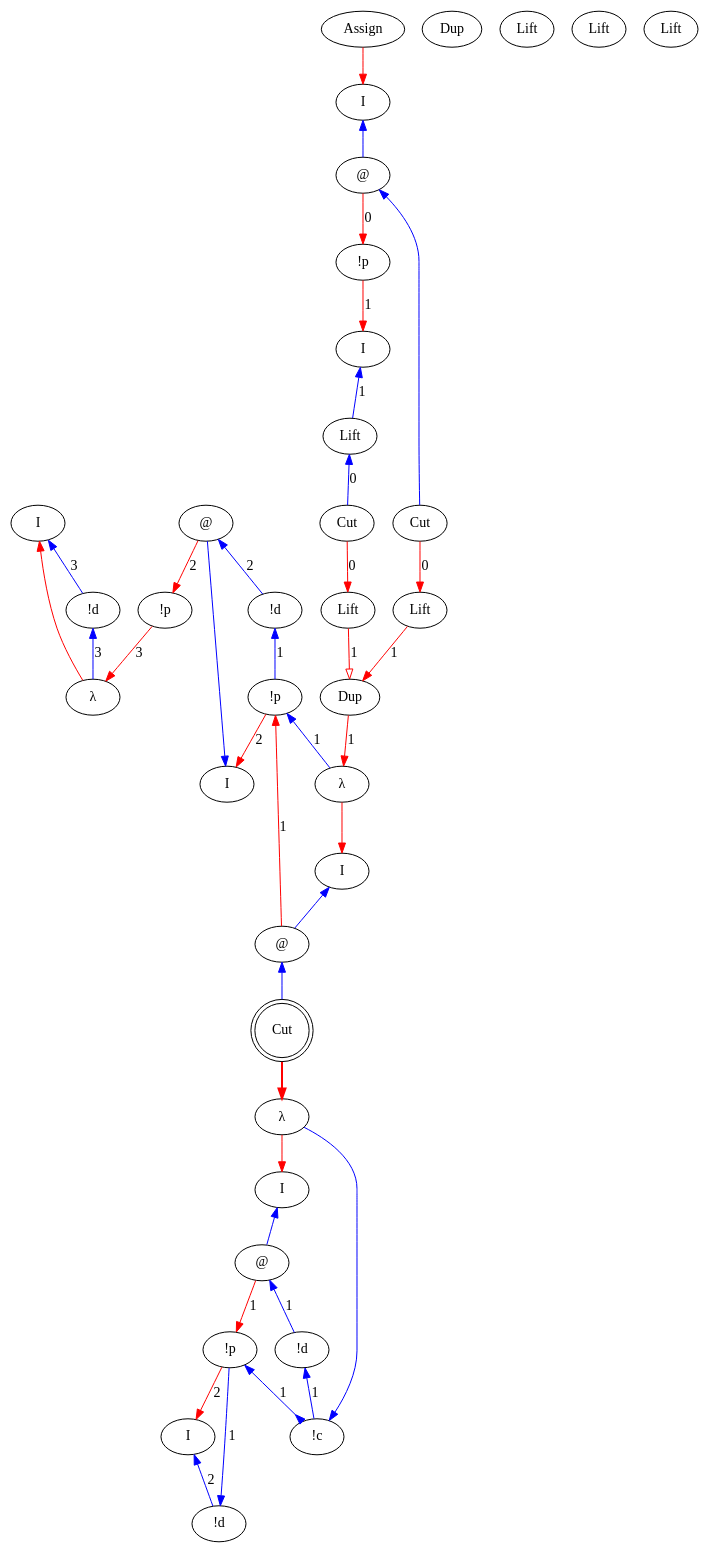
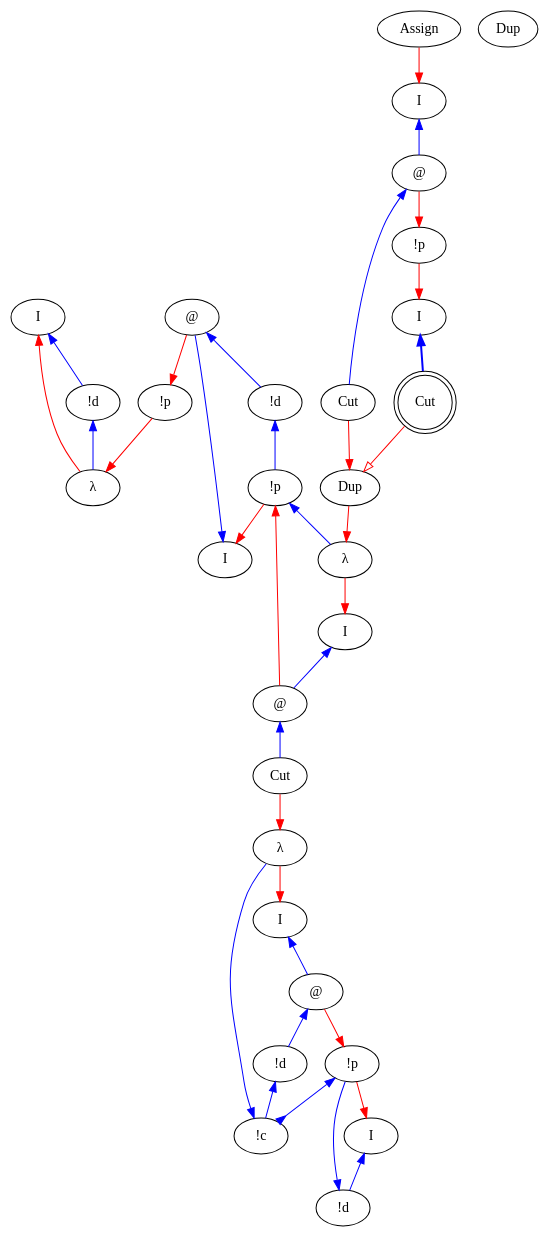
The diagram in src/core/graphs/example_m_9_l.dot (Mathnerd314/stroscot), drawn with Graphviz before and after one commit. The commit also changed 88 other files, not shown here.

```diff
--- a/src/core/graphs/example_m_9_l.dot
+++ b/src/core/graphs/example_m_9_l.dot
@@ -1,75 +1,66 @@
 digraph {
 rankdir="TB"
 "I0" [label="I"]
 "!d1" [label="!d"]
 "λ2" [label="λ"]
 "!p3" [label="!p"]
 "I4" [label="I"]
 "@5" [label="@"]
 "!d6" [label="!d"]
 "!p7" [label="!p"]
 "I8" [label="I"]
 "@9" [label="@"]
 "I10" [label="I"]
 "!d11" [label="!d"]
 "!p12" [label="!p"]
 "I13" [label="I"]
 "@14" [label="@"]
 "!d15" [label="!d"]
 "!c16" [label="!c"]
 "λ17" [label="λ"]
-"Cut18" [label="Cut",shape=doublecircle]
+"Cut18" [label="Cut"]
 "λ19" [label="λ"]
 "I20" [label="I"]
 "I21" [label="I"]
 "@22" [label="@"]
 "Assign23" [label="Assign"]
 "Dup24" [label="Dup"]
 "Dup25" [label="Dup"]
 "Cut26" [label="Cut"]
-"Lift27" [label="Lift"]
-"Lift28" [label="Lift"]
-"!p29" [label="!p"]
-"Cut30" [label="Cut"]
-"Lift31" [label="Lift"]
-"Lift32" [label="Lift"]
-"Lift33" [label="Lift"]
-"Lift34" [label="Lift"]
-"!p7" -> "λ19"[color=blue,weight=1,tooltip="h34",label="1",arrowtail=normal,arrowhead=none,dir=both]
-"!d6" -> "!p7"[color=blue,weight=1,tooltip="hf65",label="1",arrowtail=normal,arrowhead=none,dir=both]
-"!d1" -> "λ2"[color=blue,weight=1,tooltip="i81",label="3",arrowtail=normal,arrowhead=none,dir=both]
-"I0" -> "!d1"[color=blue,weight=1,tooltip="iret84",label="3",arrowtail=normal,arrowhead=none,dir=both]
+"!p27" [label="!p"]
+"Cut28" [label="Cut",shape=doublecircle]
+"!p7" -> "λ19"[color=blue,weight=1,tooltip="h34",arrowtail=normal,arrowhead=none,dir=both]
+"!d6" -> "!p7"[color=blue,weight=1,tooltip="hf65",arrowtail=normal,arrowhead=none,dir=both]
+"!d1" -> "λ2"[color=blue,weight=1,tooltip="i81",arrowtail=normal,arrowhead=none,dir=both]
+"I0" -> "!d1"[color=blue,weight=1,tooltip="iret84",arrowtail=normal,arrowhead=none,dir=both]
 "I21" -> "@22"[color=blue,weight=1,tooltip="lret19",arrowtail=normal,arrowhead=none,dir=both]
 "I13" -> "@14"[color=blue,weight=1,tooltip="lret53",arrowtail=normal,arrowhead=none,dir=both]
 "I8" -> "@9"[color=blue,weight=1,tooltip="lret62",arrowtail=normal,arrowhead=none,dir=both]
 "I4" -> "@5"[color=blue,weight=1,tooltip="lret75",arrowtail=normal,arrowhead=none,dir=both]
 "@22" -> "Cut26"[color=blue,weight=1,tooltip="lval14",arrowtail=normal,arrowhead=none,dir=both]
 "@9" -> "Cut18"[color=blue,weight=1,tooltip="lval38",arrowtail=normal,arrowhead=none,dir=both]
-"@14" -> "!d15"[color=blue,weight=1,tooltip="lval48",label="1",arrowtail=normal,arrowhead=none,dir=both]
-"@5" -> "!d6"[color=blue,weight=1,tooltip="lval70",label="2",arrowtail=normal,arrowhead=none,dir=both]
-"@22" -> "!p29"[color=red,weight=2,tooltip="newrret18",label="0",arrowhead=normal,arrowtail=none,dir=both]
-"@14" -> "!p12"[color=red,weight=2,tooltip="newrret52",label="1",arrowhead=normal,arrowtail=none,dir=both]
-"@9" -> "!p7"[color=red,weight=2,tooltip="newrret61",label="1",arrowhead=normal,arrowtail=none,dir=both]
-"@5" -> "!p3"[color=red,weight=2,tooltip="newrret74",label="2",arrowhead=normal,arrowtail=none,dir=both]
-"!p29" -> "I20"[color=red,weight=2,tooltip="newrretf23",label="1",arrowhead=normal,arrowtail=none,dir=both]
-"Dup25" -> "λ19"[color=red,weight=2,tooltip="newrretf31",label="1",arrowhead=normal,arrowtail=none,dir=both]
-"!p12" -> "I10"[color=red,weight=2,tooltip="newrretf57",label="2",arrowhead=normal,arrowtail=none,dir=both]
-"!p7" -> "I4"[color=red,weight=2,tooltip="newrretf66",label="2",arrowhead=normal,arrowtail=none,dir=both]
-"!p3" -> "λ2"[color=red,weight=2,tooltip="newrretf78",label="3",arrowhead=normal,arrowtail=none,dir=both]
-"Lift28" -> "Dup25"[color=red,weight=2,tooltip="newrretf87",label="1",arrowhead=normal,arrowtail=none,dir=both]
-"Lift34" -> "Dup25"[color=red,weight=2,tooltip="newrretf91",label="1",arrowhead=onormal,arrowtail=none,dir=both]
+"@14" -> "!d15"[color=blue,weight=1,tooltip="lval48",arrowtail=normal,arrowhead=none,dir=both]
+"@5" -> "!d6"[color=blue,weight=1,tooltip="lval70",arrowtail=normal,arrowhead=none,dir=both]
+"@22" -> "!p27"[color=red,weight=2,tooltip="newrret18",arrowhead=normal,arrowtail=none,dir=both]
+"@14" -> "!p12"[color=red,weight=2,tooltip="newrret52",arrowhead=normal,arrowtail=none,dir=both]
+"@9" -> "!p7"[color=red,weight=2,tooltip="newrret61",arrowhead=normal,arrowtail=none,dir=both]
+"@5" -> "!p3"[color=red,weight=2,tooltip="newrret74",arrowhead=normal,arrowtail=none,dir=both]
+"!p27" -> "I20"[color=red,weight=2,tooltip="newrretf23",arrowhead=normal,arrowtail=none,dir=both]
+"Dup25" -> "λ19"[color=red,weight=2,tooltip="newrretf31",arrowhead=normal,arrowtail=none,dir=both]
+"!p12" -> "I10"[color=red,weight=2,tooltip="newrretf57",arrowhead=normal,arrowtail=none,dir=both]
+"!p7" -> "I4"[color=red,weight=2,tooltip="newrretf66",arrowhead=normal,arrowtail=none,dir=both]
+"!p3" -> "λ2"[color=red,weight=2,tooltip="newrretf78",arrowhead=normal,arrowtail=none,dir=both]
+"Cut26" -> "Dup25"[color=red,weight=2,tooltip="newrretf87",arrowhead=normal,arrowtail=none,dir=both]
+"Cut28" -> "Dup25"[color=red,weight=2,tooltip="newrretf91",arrowhead=onormal,arrowtail=none,dir=both]
 "λ19" -> "I8"[color=red,weight=2,tooltip="ret35",arrowhead=normal,arrowtail=none,dir=both]
 "λ17" -> "I13"[color=red,weight=2,tooltip="ret42",arrowhead=normal,arrowtail=none,dir=both]
 "Assign23" -> "I21"[color=red,weight=2,tooltip="ret8",arrowhead=normal,arrowtail=none,dir=both]
 "λ2" -> "I0"[color=red,weight=2,tooltip="ret82",arrowhead=normal,arrowtail=none,dir=both]
-"Cut18" -> "λ17"[color=red,weight=2,tooltip="rval39",arrowhead=normal,arrowtail=none,penwidth=2,dir=both]
-"Lift33" -> "Cut30"[color=blue,weight=1,tooltip="seqDE104",label="0",arrowtail=normal,arrowhead=none,dir=both]
-"Cut30" -> "Lift34"[color=red,weight=2,tooltip="seqDM102",label="0",arrowhead=normal,arrowtail=none,dir=both]
-"Cut26" -> "Lift28"[color=red,weight=2,tooltip="seqDM96",label="0",arrowhead=normal,arrowtail=none,dir=both]
-"I20" -> "Lift33"[color=blue,weight=1,tooltip="xret26",label="1",arrowtail=normal,arrowhead=none,dir=both]
+"Cut18" -> "λ17"[color=red,weight=2,tooltip="rval39",arrowhead=normal,arrowtail=none,dir=both]
+"I20" -> "Cut28"[color=blue,weight=1,tooltip="xret26",arrowtail=normal,arrowhead=none,penwidth=2,dir=both]
 "!c16" -> "λ17"[color=blue,weight=1,tooltip="y41",arrowtail=normal,arrowhead=none,dir=both]
-"!d15" -> "!c16"[color=blue,weight=1,tooltip="yA43",label="1",arrowtail=normal,arrowhead=none,dir=both]
-"!p12" -> "!c16"[color=blue,weight=1,tooltip="yB44",label="1",arrowtail=normal,arrowhead=inv,dir=both]
-"!d11" -> "!p12"[color=blue,weight=1,tooltip="yBf56",label="1",arrowtail=normal,arrowhead=none,dir=both]
-"I10" -> "!d11"[color=blue,weight=1,tooltip="yret60",label="2",arrowtail=normal,arrowhead=none,dir=both]
+"!d15" -> "!c16"[color=blue,weight=1,tooltip="yA43",arrowtail=normal,arrowhead=none,dir=both]
+"!p12" -> "!c16"[color=blue,weight=1,tooltip="yB44",arrowtail=normal,arrowhead=inv,dir=both]
+"!d11" -> "!p12"[color=blue,weight=1,tooltip="yBf56",arrowtail=normal,arrowhead=none,dir=both]
+"I10" -> "!d11"[color=blue,weight=1,tooltip="yret60",arrowtail=normal,arrowhead=none,dir=both]
 }
```
